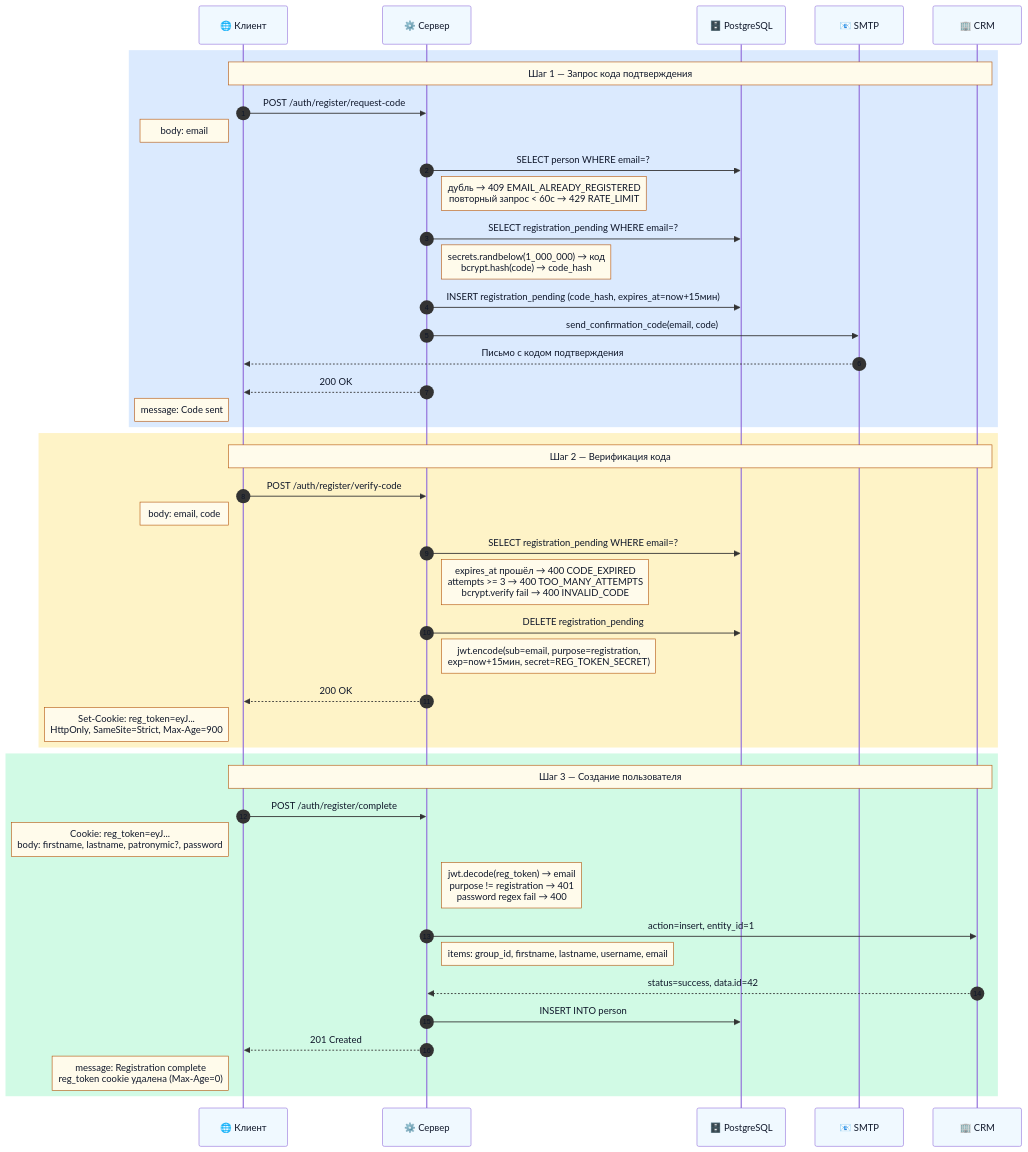
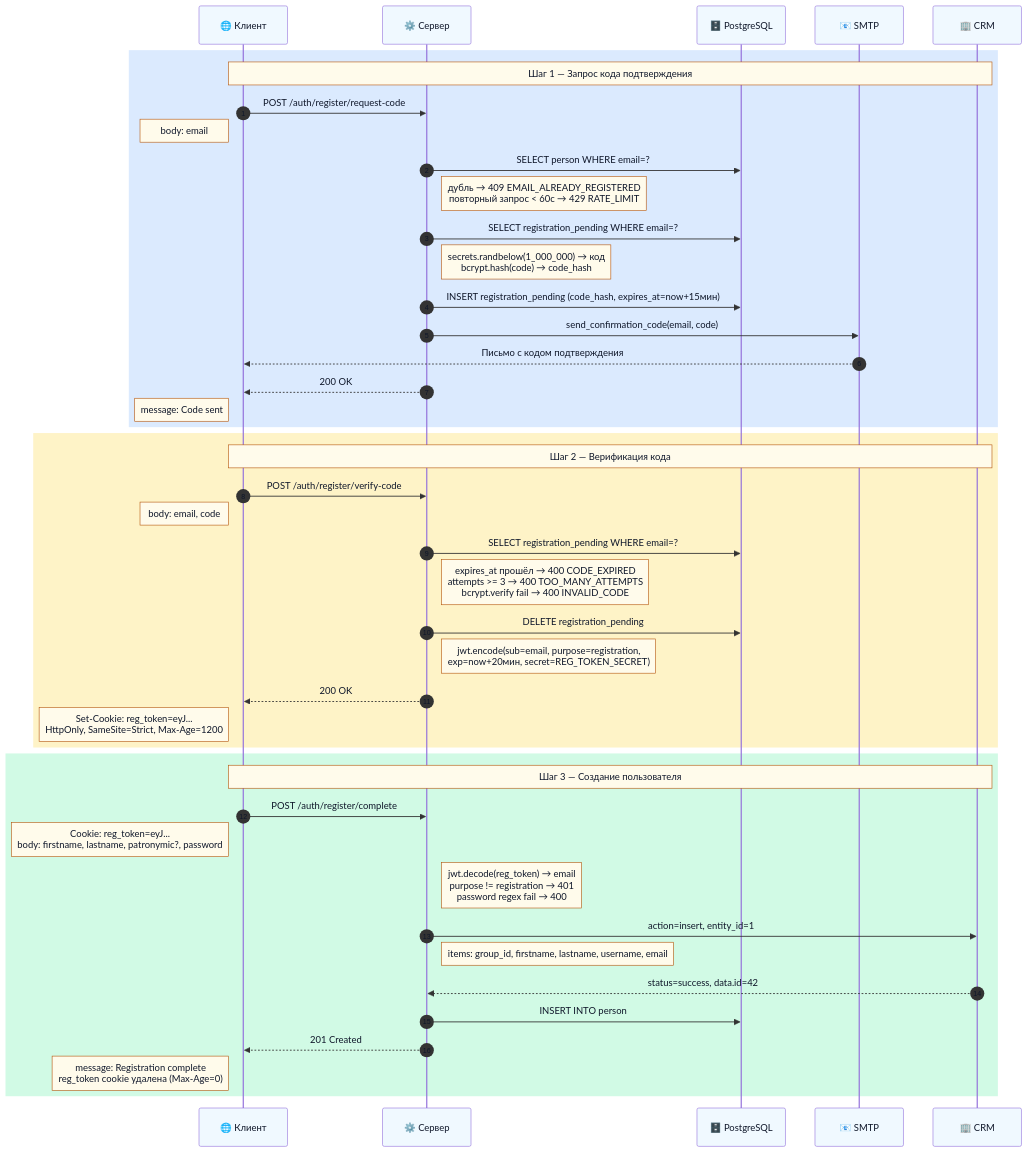
One commit to bodyauza/task-manager changed the first of 2 diagrams in README.md. Above: the diagram before and after it, drawn with Mermaid. The commit also changed other lines of this file and 35 other files, not shown here.

````diff
--- a/README.md
+++ b/README.md
@@ -99,50 +133,50 @@
 ```mermaid
 %%{init: {'theme': 'default', 'themeVariables': {'noteTextColor': '#0f172a', 'noteBkgColor': '#fffbeb', 'noteBorderColor': '#b45309', 'signalTextColor': '#0f172a', 'actorTextColor': '#0f172a', 'actorBkg': '#f0f9ff', 'actorBorderColor': '#0284c7', 'labelTextColor': '#0f172a', 'sequenceNumberColor': '#0f172a'}}}%%
 sequenceDiagram
     autonumber
     participant C as 🌐 Клиент
     participant S as ⚙️ Сервер
     participant D as 🗄️ PostgreSQL
     participant M as 📧 SMTP
     participant R as 🏢 CRM
 
     rect rgb(219, 234, 254)
         Note over C,R: Шаг 1 — Запрос кода подтверждения
         C->>S: POST /auth/register/request-code
         Note left of C: body: email
         S->>D: SELECT person WHERE email=?
         Note right of S: дубль → 409 EMAIL_ALREADY_REGISTERED<br/>повторный запрос < 60с → 429 RATE_LIMIT
         S->>D: SELECT registration_pending WHERE email=?
         Note right of S: secrets.randbelow(1_000_000) → код<br/>bcrypt.hash(code) → code_hash
         S->>D: INSERT registration_pending (code_hash, expires_at=now+15мин)
         S->>M: send_confirmation_code(email, code)
         M-->>C: Письмо с кодом подтверждения
         S-->>C: 200 OK
         Note left of C: message: Code sent
     end
 
     rect rgb(254, 243, 199)
         Note over C,R: Шаг 2 — Верификация кода
         C->>S: POST /auth/register/verify-code
         Note left of C: body: email, code
         S->>D: SELECT registration_pending WHERE email=?
         Note right of S: expires_at прошёл → 400 CODE_EXPIRED<br/>attempts >= 3 → 400 TOO_MANY_ATTEMPTS<br/>bcrypt.verify fail → 400 INVALID_CODE
         S->>D: DELETE registration_pending
-        Note right of S: jwt.encode(sub=email, purpose=registration,<br/>exp=now+15мин, secret=REG_TOKEN_SECRET)
+        Note right of S: jwt.encode(sub=email, purpose=registration,<br/>exp=now+20мин, secret=REG_TOKEN_SECRET)
         S-->>C: 200 OK
-        Note left of C: Set-Cookie: reg_token=eyJ...<br/>HttpOnly, SameSite=Strict, Max-Age=900
+        Note left of C: Set-Cookie: reg_token=eyJ...<br/>HttpOnly, SameSite=Strict, Max-Age=1200
     end
 
     rect rgb(209, 250, 229)
         Note over C,R: Шаг 3 — Создание пользователя
         C->>S: POST /auth/register/complete
         Note left of C: Cookie: reg_token=eyJ...<br/>body: firstname, lastname, patronymic?, password
         Note right of S: jwt.decode(reg_token) → email<br/>purpose != registration → 401<br/>password regex fail → 400
         S->>R: action=insert, entity_id=1
         Note right of S: items: group_id, firstname, lastname, username, email
         R-->>S: status=success, data.id=42
         S->>D: INSERT INTO person
         S-->>C: 201 Created
         Note left of C: message: Registration complete<br/>reg_token cookie удалена (Max-Age=0)
     end
 ```
````
